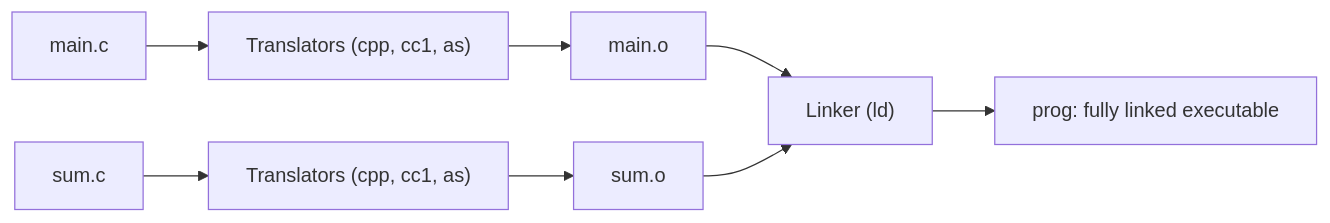
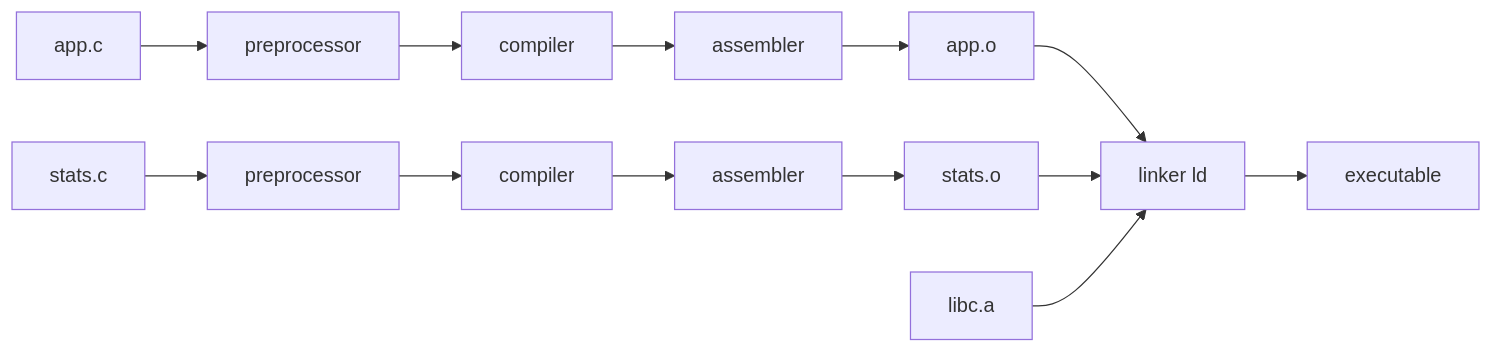
Before and after one commit to alvinnew100/grand-line-study-guide: the diagram in src/csapp/lessons/19-static-linking.md, drawn with Mermaid. The commit also changed other lines of this file and 47 other files, not shown here.

````diff
--- a/src/csapp/lessons/19-static-linking.md
+++ b/src/csapp/lessons/19-static-linking.md
@@ -43,8 +23,9 @@
 ```mermaid
-graph LR
-  A[main.c] --> T1["Translators (cpp, cc1, as)"] --> O1[main.o]
-  B[sum.c] --> T2["Translators (cpp, cc1, as)"] --> O2[sum.o]
-  O1 --> LD["Linker (ld)"]
-  O2 --> LD
-  LD --> P["prog: fully linked executable"]
+flowchart LR
+    S1[app.c] --> P1[preprocessor] --> C1[compiler] --> A1[assembler] --> O1[app.o]
+    S2[stats.c] --> P2[preprocessor] --> C2[compiler] --> A2[assembler] --> O2[stats.o]
+    O1 --> LD[linker ld]
+    O2 --> LD
+    LIB[libc.a] --> LD
+    LD --> EXE[executable]
 ```
````
